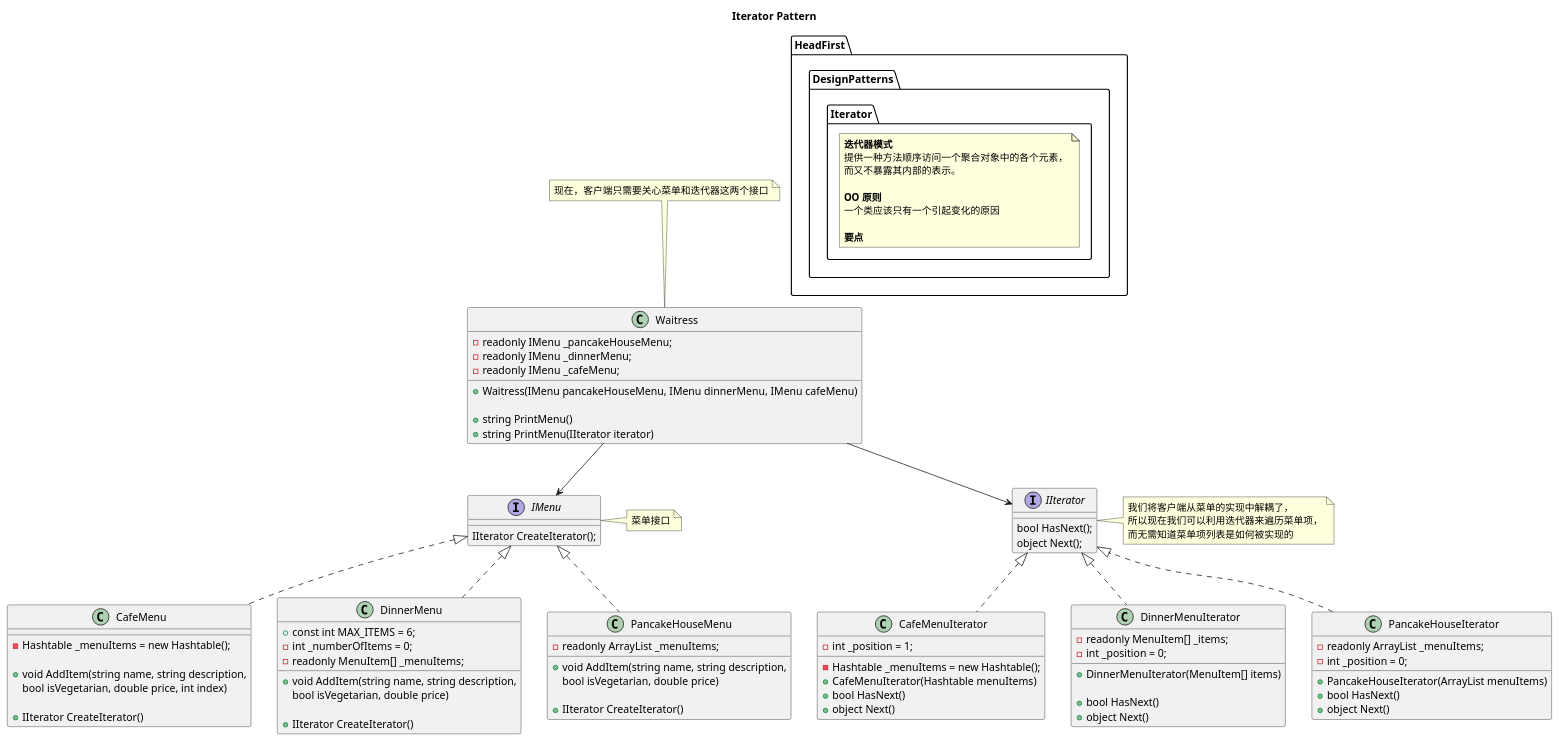
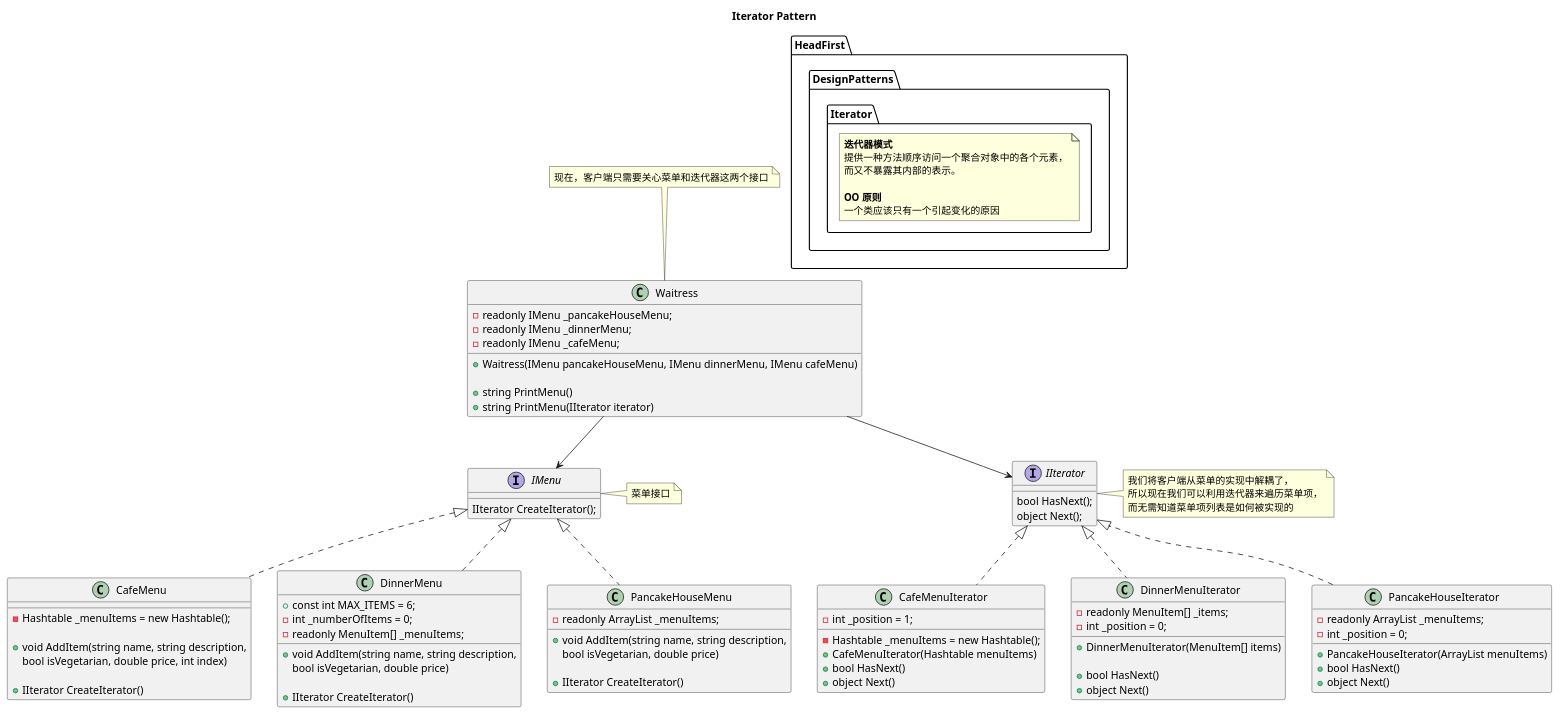
The diagram in src/HeadFirst.DesignPatterns.Iterator/Iterator.wsd (thinksjay/HeadFirst.DesignPatterns), drawn with PlantUML before and after one commit. The commit also changed 14 other files, not shown here.

```diff
--- a/src/HeadFirst.DesignPatterns.Iterator/Iterator.wsd
+++ b/src/HeadFirst.DesignPatterns.Iterator/Iterator.wsd
@@ -1,119 +1,117 @@
 @startuml
 title Iterator Pattern
 namespace HeadFirst.DesignPatterns.Iterator{
     note as IteratorPatternDefine
     <b>迭代器模式</b>
     提供一种方法顺序访问一个聚合对象中的各个元素，
     而又不暴露其内部的表示。
 
     <b>OO 原则</b>
     一个类应该只有一个引起变化的原因
-
-    <b>要点</b>
     end note
 }
 
 CafeMenuIterator .up.|> IIterator
 DinnerMenuIterator .up.|> IIterator
 PancakeHouseIterator .up.|> IIterator
 
 CafeMenu .up.|> IMenu
 DinnerMenu .up.|> IMenu
 PancakeHouseMenu .up.|> IMenu
 
 Waitress --> IIterator
 Waitress --> IMenu
 
 interface IIterator
 {
     bool HasNext();
     object Next();
 }
 note as IIteratorNote
 我们将客户端从菜单的实现中解耦了，
 所以现在我们可以利用迭代器来遍历菜单项，
 而无需知道菜单项列表是如何被实现的
 end note
 IIterator .right. IIteratorNote
 interface IMenu
 {
     IIterator CreateIterator();
 }
 
 note as IMenuNote
 菜单接口
 end note
 IMenu .right. IMenuNote
 class CafeMenu
 {
     - Hashtable _menuItems = new Hashtable();
 
     + void AddItem(string name, string description,
     bool isVegetarian, double price, int index)
 
     + IIterator CreateIterator()
 }
 class CafeMenuIterator
 {
     - Hashtable _menuItems = new Hashtable();
     - int _position = 1;
 
     + CafeMenuIterator(Hashtable menuItems)
     + bool HasNext()
     + object Next()
 }
 class DinnerMenu
 {
     + const int MAX_ITEMS = 6;
     - int _numberOfItems = 0;
     - readonly MenuItem[] _menuItems;
 
     + void AddItem(string name, string description,
     bool isVegetarian, double price)
 
     + IIterator CreateIterator()
 }
 class DinnerMenuIterator
 {
     - readonly MenuItem[] _items;
     - int _position = 0;
 
     + DinnerMenuIterator(MenuItem[] items)
 
     + bool HasNext()
     + object Next()
 }
 class PancakeHouseMenu
 {
     - readonly ArrayList _menuItems;
 
     + void AddItem(string name, string description,
     bool isVegetarian, double price)
 
     + IIterator CreateIterator()
 }
 class PancakeHouseIterator
 {
     - readonly ArrayList _menuItems;
     - int _position = 0;
 
     + PancakeHouseIterator(ArrayList menuItems)
     + bool HasNext()
     + object Next()
 }
 class Waitress
 {
     - readonly IMenu _pancakeHouseMenu;
     - readonly IMenu _dinnerMenu;
     - readonly IMenu _cafeMenu;
 
     + Waitress(IMenu pancakeHouseMenu, IMenu dinnerMenu, IMenu cafeMenu)
 
     + string PrintMenu()
     + string PrintMenu(IIterator iterator)
 }
 note as WaitressNote
 现在，客户端只需要关心菜单和迭代器这两个接口
 end note
 Waitress .up. WaitressNote
 @enduml
```
